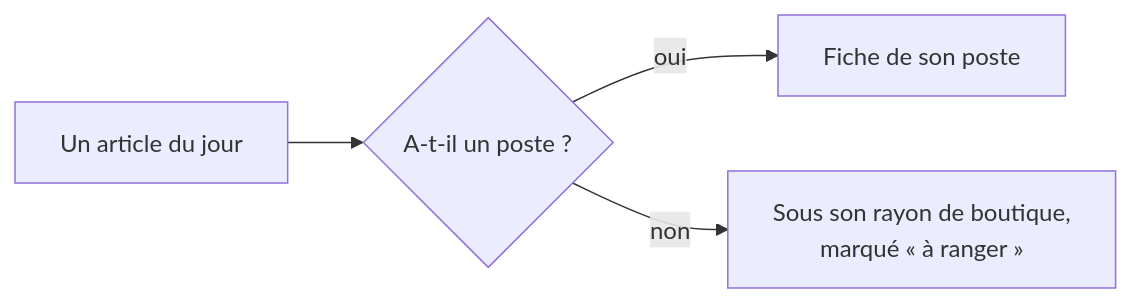
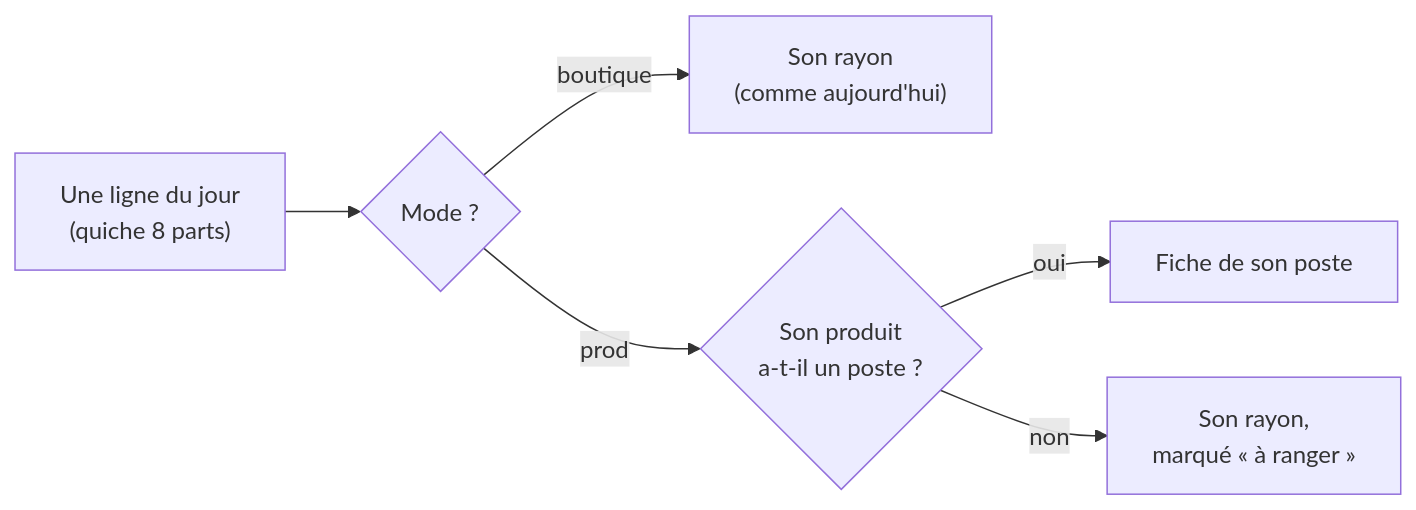
Before and after one commit to hugoheynard/lfd: the diagram in documentation/fournil/plan-postes-du-fournil.md, drawn with Mermaid. The commit also changed other lines of this file, not shown here.

Commit message:
docs(fournil): le plan des postes réécrit en un texte, un poste par produit

````diff
--- a/documentation/fournil/plan-postes-du-fournil.md
+++ b/documentation/fournil/plan-postes-du-fournil.md
@@ -34,6 +35,8 @@
 ```mermaid
 flowchart LR
-    A["Un article du jour"] --> B{"A-t-il un poste ?"}
+    A["Une ligne du jour<br/>(quiche 8 parts)"] --> M{"Mode ?"}
+    M -- boutique --> R0["Son rayon<br/>(comme aujourd'hui)"]
+    M -- prod --> B{"Son produit<br/>a-t-il un poste ?"}
     B -- oui --> P["Fiche de son poste"]
-    B -- non --> R["Sous son rayon de boutique,<br/>marqué « à ranger »"]
+    B -- non --> R["Son rayon,<br/>marqué « à ranger »"]
 ```
````
